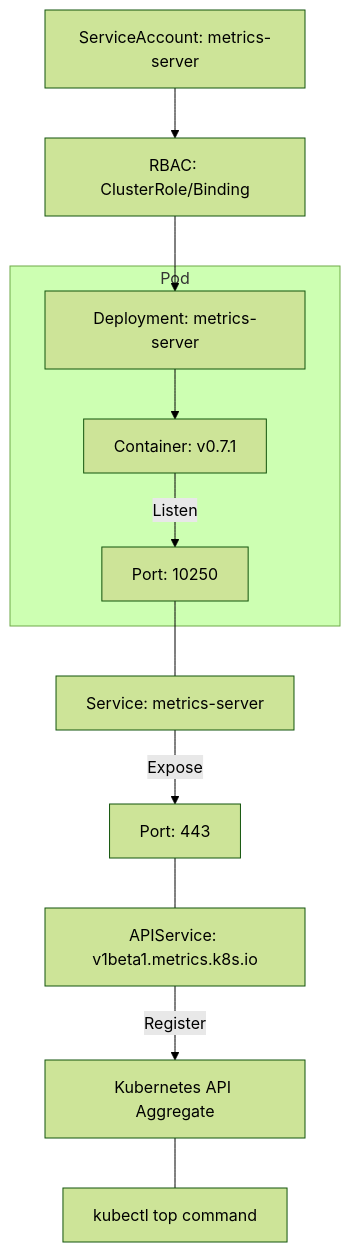
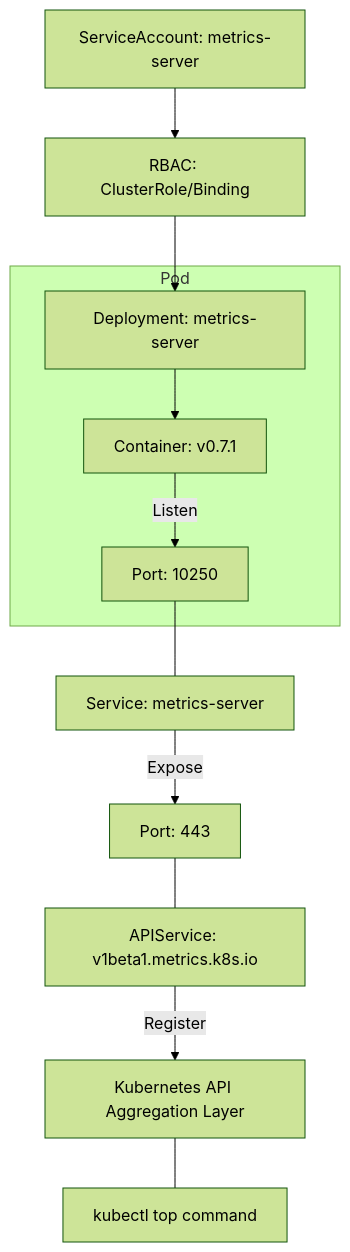
The diagram in content/labs/20-metric-server-yaml.md (jeonck/k8s-adv), drawn with Mermaid (forest theme) before and after one commit. The commit also changed other lines of this file and 53 other files, not shown here.

````diff
--- a/content/labs/20-metric-server-yaml.md
+++ b/content/labs/20-metric-server-yaml.md
@@ -472,18 +472,18 @@
 ```mermaid
 graph TD
     SA[ServiceAccount: metrics-server] --> RBAC[RBAC: ClusterRole/Binding]
     RBAC --> DEP[Deployment: metrics-server]
     
     subgraph Pod
     DEP --> CONT[Container: v0.7.1]
     CONT -- "Listen" --> P10250[Port: 10250]
     end
     
     P10250 --- SVC[Service: metrics-server]
     SVC -- "Expose" --> P443[Port: 443]
     
     P443 --- API[APIService: v1beta1.metrics.k8s.io]
-    API -- "Register" --> K8S[Kubernetes API Aggregate]
+    API -- "Register" --> K8S[Kubernetes API Aggregation Layer]
     
     K8S --- TOP["kubectl top command"]
 ```
````
